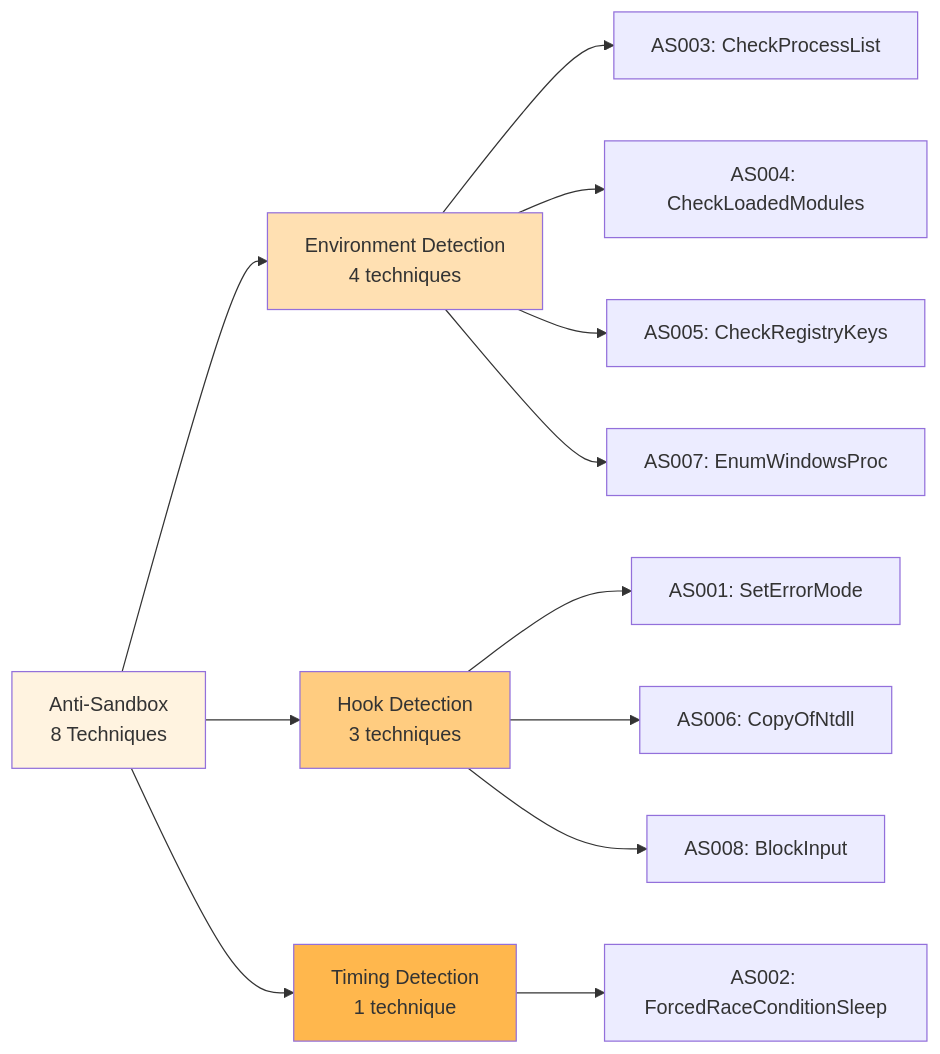
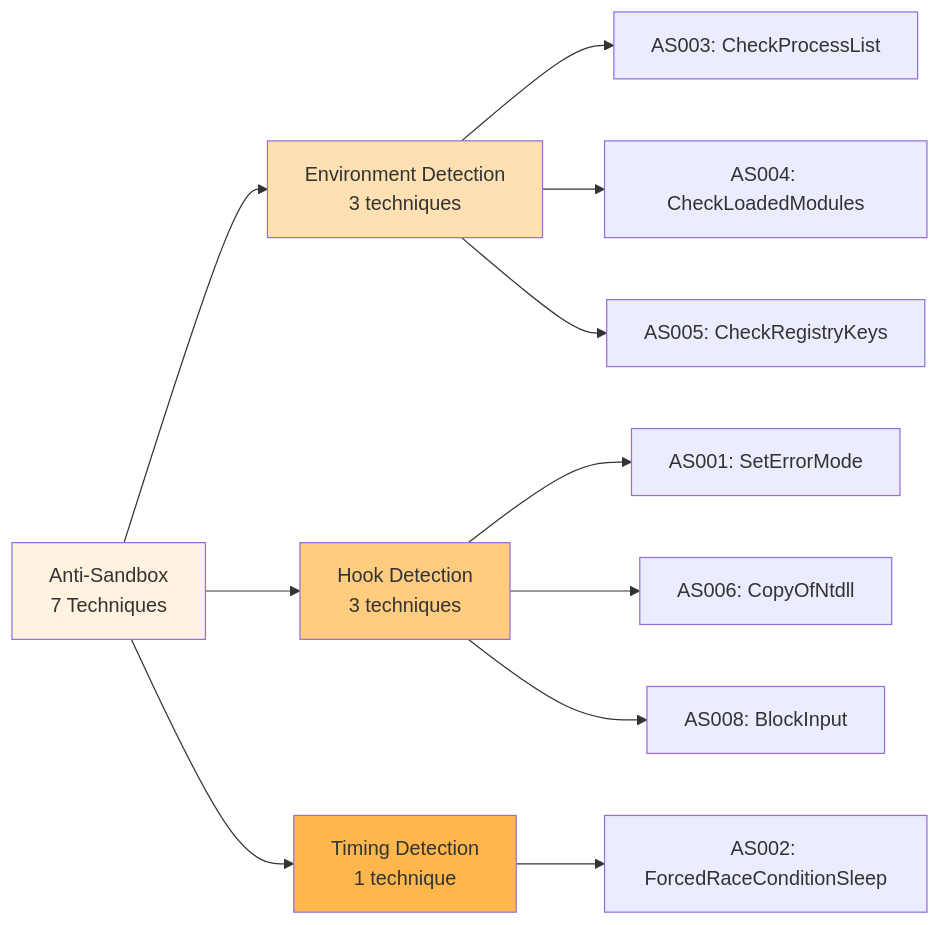
Before and after one commit to mabj/anti: the fourth of 8 diagrams in docs/diagrams/taxonomy.md, drawn with Mermaid. The commit also changed other lines of this file and 11 other files, not shown here.

````diff
--- a/docs/diagrams/taxonomy.md
+++ b/docs/diagrams/taxonomy.md
@@ -124,24 +125,23 @@
 ```mermaid
 graph LR
-    AS[Anti-Sandbox<br/>8 Techniques]
+    AS[Anti-Sandbox<br/>7 Techniques]
 
-    AS --> ENV[Environment Detection<br/>4 techniques]
+    AS --> ENV[Environment Detection<br/>3 techniques]
     AS --> HOOK[Hook Detection<br/>3 techniques]
     AS --> TIME[Timing Detection<br/>1 technique]
 
     ENV --> ENV1[AS003: CheckProcessList]
     ENV --> ENV2[AS004: CheckLoadedModules]
     ENV --> ENV3[AS005: CheckRegistryKeys]
-    ENV --> ENV4[AS007: EnumWindowsProc]
 
     HOOK --> HOOK1[AS001: SetErrorMode]
     HOOK --> HOOK2[AS006: CopyOfNtdll]
     HOOK --> HOOK3[AS008: BlockInput]
 
     TIME --> TIME1[AS002: ForcedRaceConditionSleep]
 
     style AS fill:#fff3e0
     style ENV fill:#ffe0b2
     style HOOK fill:#ffcc80
     style TIME fill:#ffb74d
 ```
````
